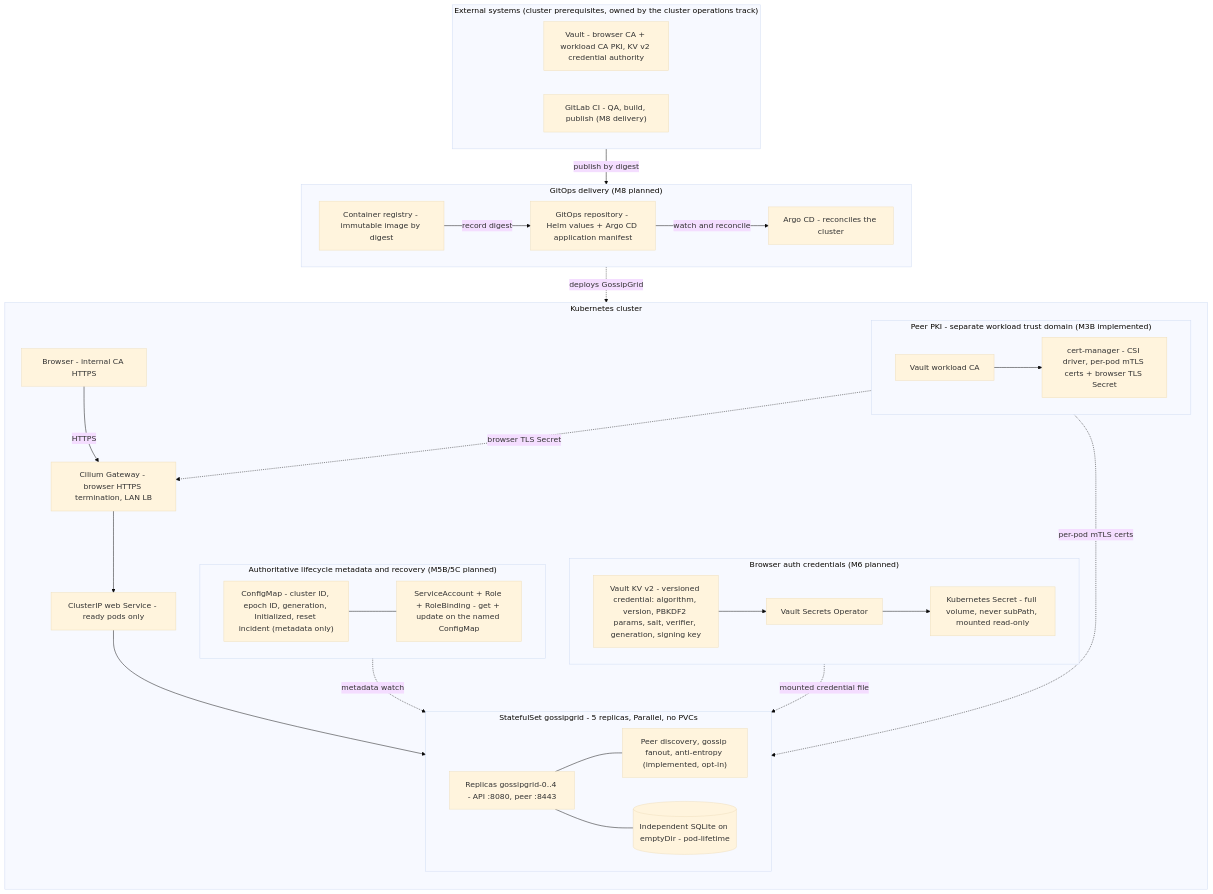
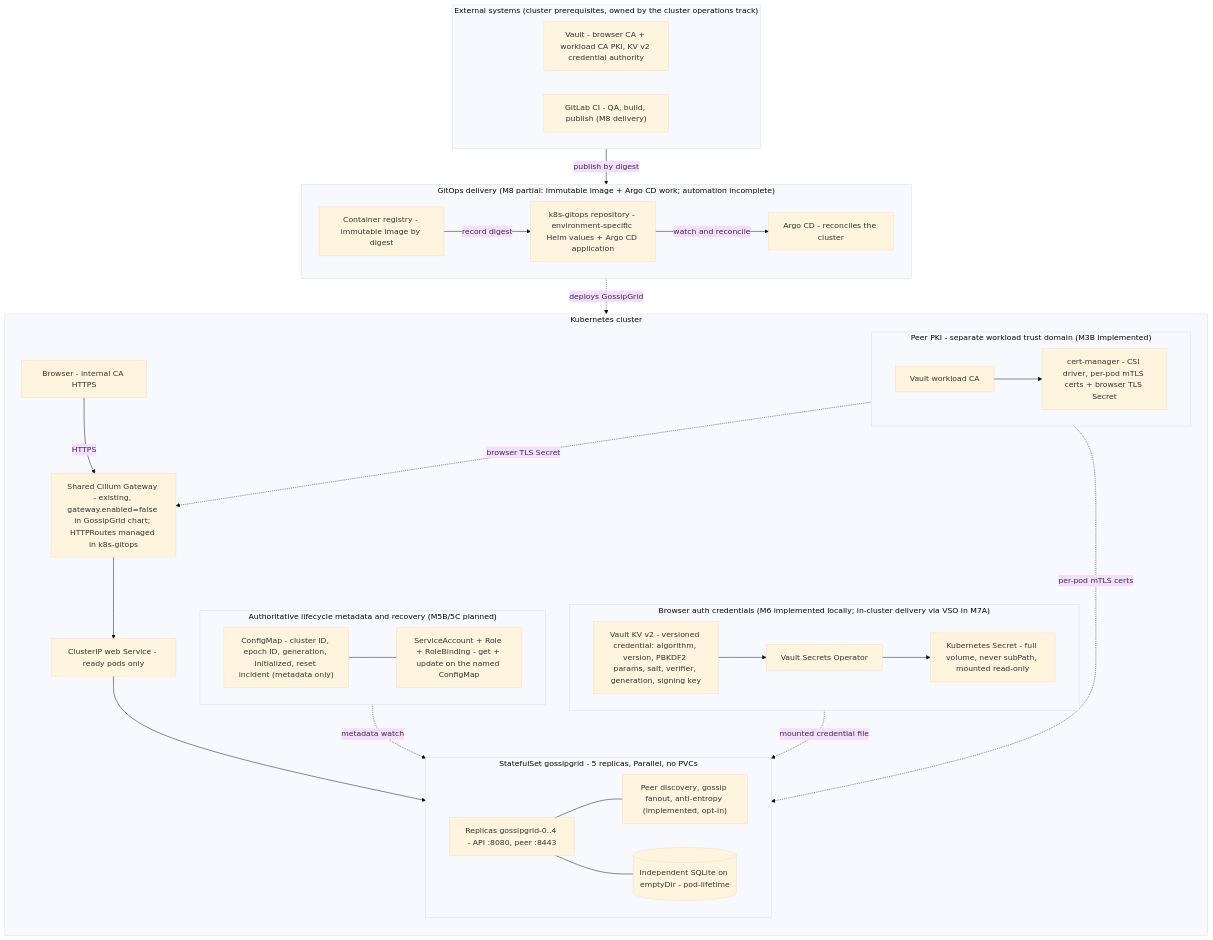
One commit to hirebrianm/gossipgrid changed the diagram in README.md. Above: the diagram before and after it, drawn with Mermaid (base theme). The commit also changed other lines of this file and 10 other files, not shown here.

````diff
--- a/README.md
+++ b/README.md
@@ -98,66 +100,66 @@
 ```mermaid
 flowchart TB
   subgraph EXT["External systems (cluster prerequisites, owned by the cluster operations track)"]
     direction LR
     VAULT["Vault - browser CA + workload CA PKI, KV v2 credential authority"]
     GLCI["GitLab CI - QA, build, publish (M8 delivery)"]
   end
 
   B["Browser - internal CA HTTPS"]
 
   subgraph K8S["Kubernetes cluster"]
     direction TB
-    GW["Cilium Gateway - browser HTTPS termination, LAN LB"]
+    GW["Shared Cilium Gateway - existing, gateway.enabled=false in GossipGrid chart; HTTPRoutes managed in k8s-gitops"]
     WEB["ClusterIP web Service - ready pods only"]
 
     subgraph SS["StatefulSet gossipgrid - 5 replicas, Parallel, no PVCs"]
       direction LR
       APP["Replicas gossipgrid-0..4 - API :8080, peer :8443"]
       SYNC["Peer discovery, gossip fanout, anti-entropy (implemented, opt-in)"]
       DB[("Independent SQLite on emptyDir - pod-lifetime")]
     end
 
     B -->|HTTPS| GW
     GW --> WEB
     WEB --> APP
     APP --- SYNC
     APP --- DB
 
     subgraph PKI["Peer PKI - separate workload trust domain (M3B implemented)"]
       direction LR
       WCA["Vault workload CA"]
       CM["cert-manager - CSI driver, per-pod mTLS certs + browser TLS Secret"]
     end
     WCA --> CM
     CM -. per-pod mTLS certs .-> APP
     CM -. browser TLS Secret .-> GW
 
-    subgraph CRED["Browser auth credentials (M6 planned)"]
+    subgraph CRED["Browser auth credentials (M6 implemented locally; in-cluster delivery via VSO in M7A)"]
       direction LR
       VKV["Vault KV v2 - versioned credential: algorithm, version, PBKDF2 params, salt, verifier, generation, signing key"]
       VSO["Vault Secrets Operator"]
       KSEC["Kubernetes Secret - full volume, never subPath, mounted read-only"]
       VKV --> VSO --> KSEC
     end
     KSEC -. mounted credential file .-> APP
 
     subgraph LIFE["Authoritative lifecycle metadata and recovery (M5B/5C planned)"]
       direction LR
       CMETA["ConfigMap - cluster ID, epoch ID, generation, Initialized, reset incident (metadata only)"]
       RRBAC["ServiceAccount + Role + RoleBinding - get + update on the named ConfigMap"]
     end
     CMETA --- RRBAC
     CMETA -. metadata watch .-> APP
   end
 
-  subgraph GITOPS["GitOps delivery (M8 planned)"]
+  subgraph GITOPS["GitOps delivery (M8 partial: immutable image + Argo CD work; automation incomplete)"]
     direction LR
     REG["Container registry - immutable image by digest"]
-    GOREPO["GitOps repository - Helm values + Argo CD application manifest"]
+    GOREPO["k8s-gitops repository - environment-specific Helm values + Argo CD application"]
     ARGO["Argo CD - reconciles the cluster"]
     GLCI -->|publish by digest| REG
     REG -->|record digest| GOREPO
     GOREPO -->|watch and reconcile| ARGO
   end
   ARGO -. deploys GossipGrid .-> SS
 ```
````
